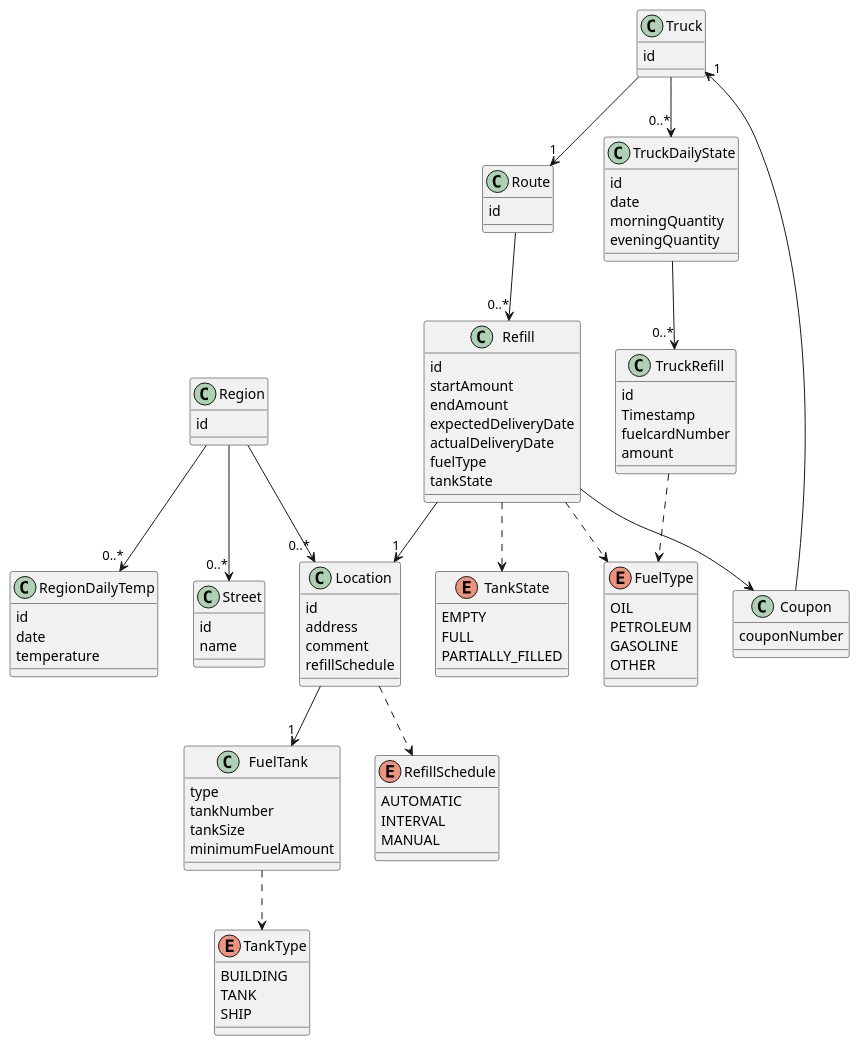
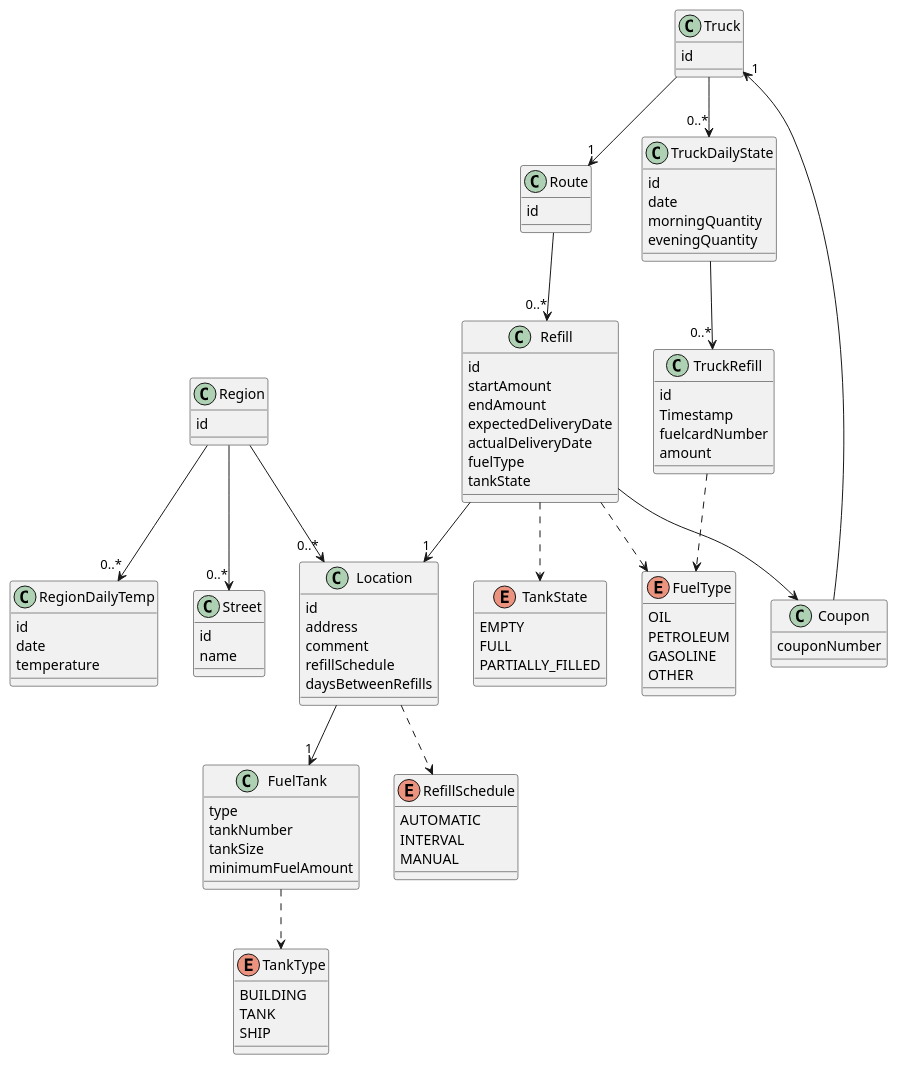
The diagram in docs/entity-datamodel.md (IT-Minds/client_comby_oilcontrols), drawn with PlantUML before and after one commit. The commit also changed 1 other file, not shown here.

Commit message:
added an attribute to reprsent the refill interval.

```diff
--- a/docs/entity-datamodel.md
+++ b/docs/entity-datamodel.md
@@ -17,6 +17,7 @@
   address
   comment
   refillSchedule
+  daysBetweenRefills
 }
 
 class FuelTank {
```
